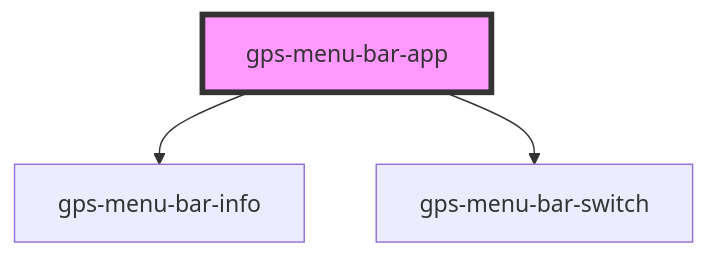
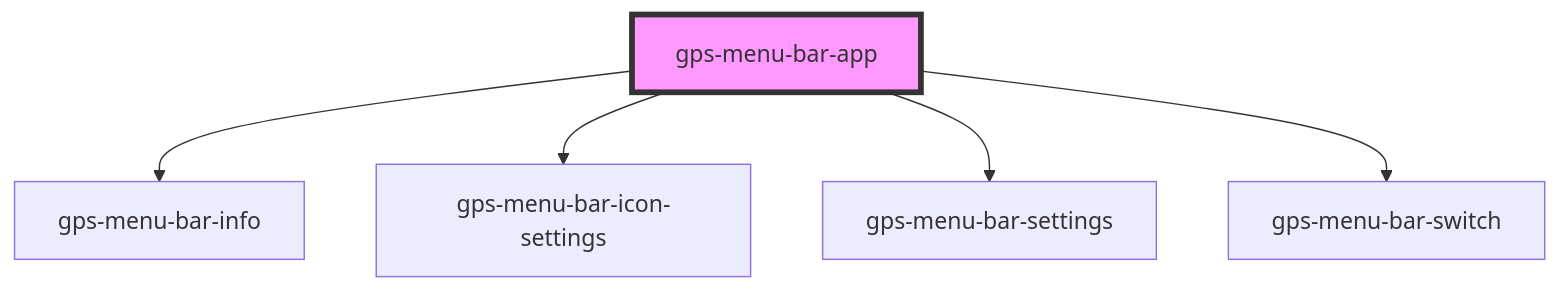
One commit to davidenke/git-profile-switch changed the diagram in src/ui/components/menu-bar-app/readme.md. Above: the diagram before and after it, drawn with Mermaid. The commit also changed other lines of this file and 20 other files, not shown here.

````diff
--- a/src/ui/components/menu-bar-app/readme.md
+++ b/src/ui/components/menu-bar-app/readme.md
@@ -16,6 +18,8 @@
 ```mermaid
 graph TD;
   gps-menu-bar-app --> gps-menu-bar-info
+  gps-menu-bar-app --> gps-menu-bar-icon-settings
+  gps-menu-bar-app --> gps-menu-bar-settings
   gps-menu-bar-app --> gps-menu-bar-switch
   style gps-menu-bar-app fill:#f9f,stroke:#333,stroke-width:4px
 ```
````
